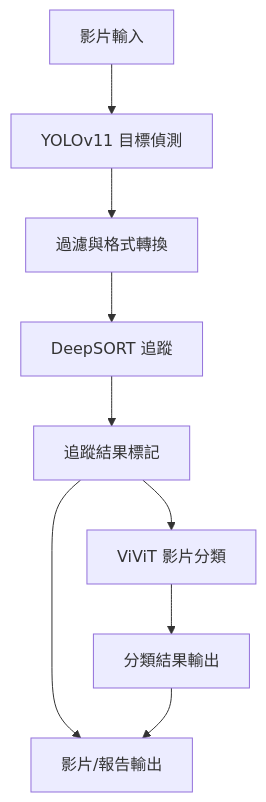
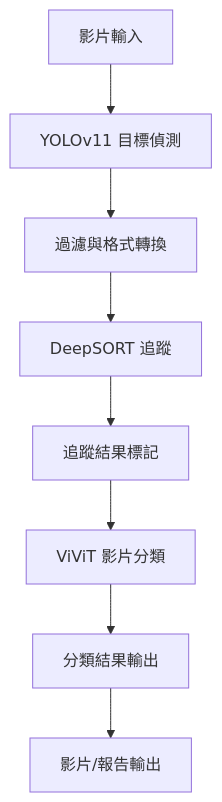
One commit to yaya0719/Cat-State-Detection changed the diagram in README.md. Above: the diagram before and after it, drawn with Mermaid.

````diff
--- a/README.md
+++ b/README.md
@@ -45,11 +45,11 @@
 ```mermaid
 flowchart TD
     A[影片輸入] --> B[YOLOv11 目標偵測]
     B --> C[過濾與格式轉換]
     C --> D[DeepSORT 追蹤]
     D --> E[追蹤結果標記]
     E --> F[ViViT 影片分類]
     F --> G[分類結果輸出]
-    E --> H[影片/報告輸出]
-    G --> H
+    G --> H[影片/報告輸出]
+
 ```
````
